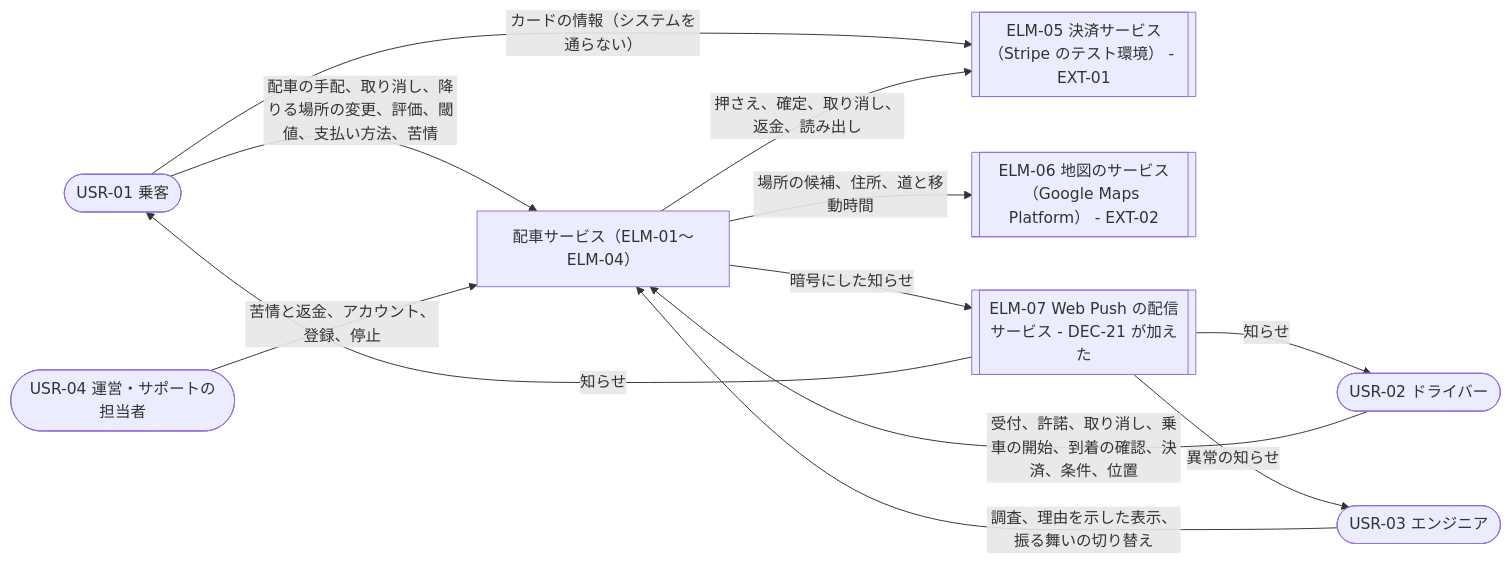
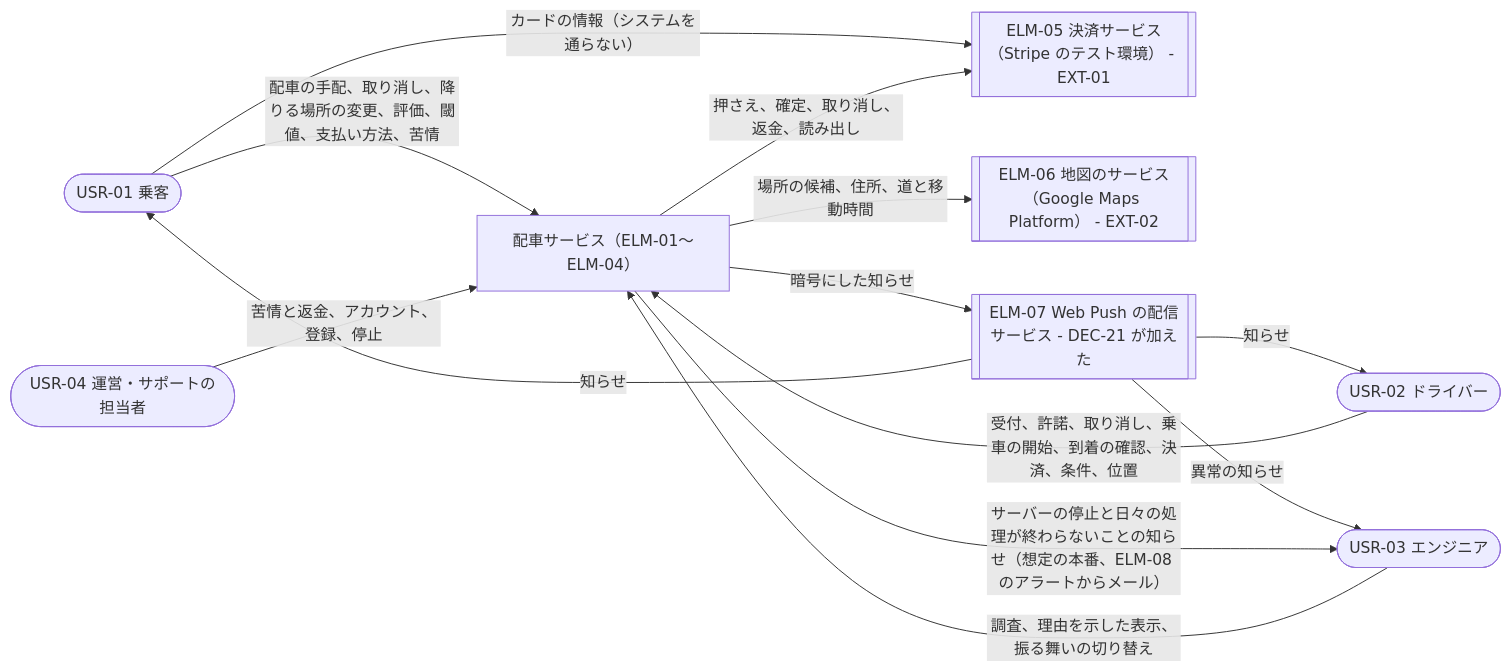
The second of 6 diagrams in docs/design/2-architecture.md (Taro000/ride-hailing-app-demo), drawn with Mermaid before and after one commit. The commit also changed other lines of this file and 6 other files, not shown here.

First line of the commit message:
architecture-drivers-to-architecture: 中の指摘 FND-09 を受け入れ、回の外の日々の処理をプラットフォームのアラートで見張る

````diff
--- a/docs/design/2-architecture.md
+++ b/docs/design/2-architecture.md
@@ -390,22 +404,23 @@
 ```mermaid
 flowchart LR
   pass([USR-01 乗客])
   drv([USR-02 ドライバー])
   eng([USR-03 エンジニア])
   ops([USR-04 運営・サポートの担当者])
   sys["配車サービス（ELM-01〜ELM-04）"]
   pay[["ELM-05 決済サービス（Stripe のテスト環境） - EXT-01"]]
   map[["ELM-06 地図のサービス（Google Maps Platform） - EXT-02"]]
   push[["ELM-07 Web Push の配信サービス - DEC-21 が加えた"]]
   pass -->|配車の手配、取り消し、降りる場所の変更、評価、閾値、支払い方法、苦情| sys
   drv -->|受付、許諾、取り消し、乗車の開始、到着の確認、決済、条件、位置| sys
   ops -->|苦情と返金、アカウント、登録、停止| sys
   eng -->|調査、理由を示した表示、振る舞いの切り替え| sys
   pass -->|カードの情報（システムを通らない）| pay
   sys -->|押さえ、確定、取り消し、返金、読み出し| pay
   sys -->|場所の候補、住所、道と移動時間| map
   sys -->|暗号にした知らせ| push
   push -->|知らせ| pass
   push -->|知らせ| drv
   push -->|異常の知らせ| eng
+  sys -->|サーバーの停止と日々の処理が終わらないことの知らせ（想定の本番、ELM-08 のアラートからメール）| eng
 ```
````
